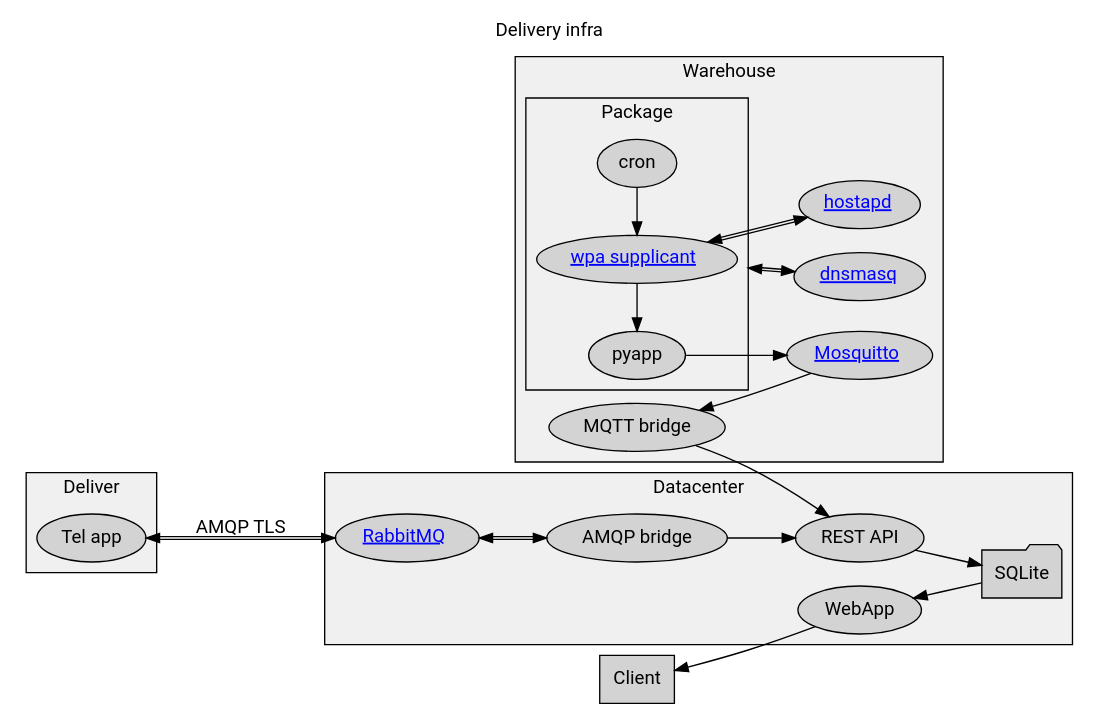
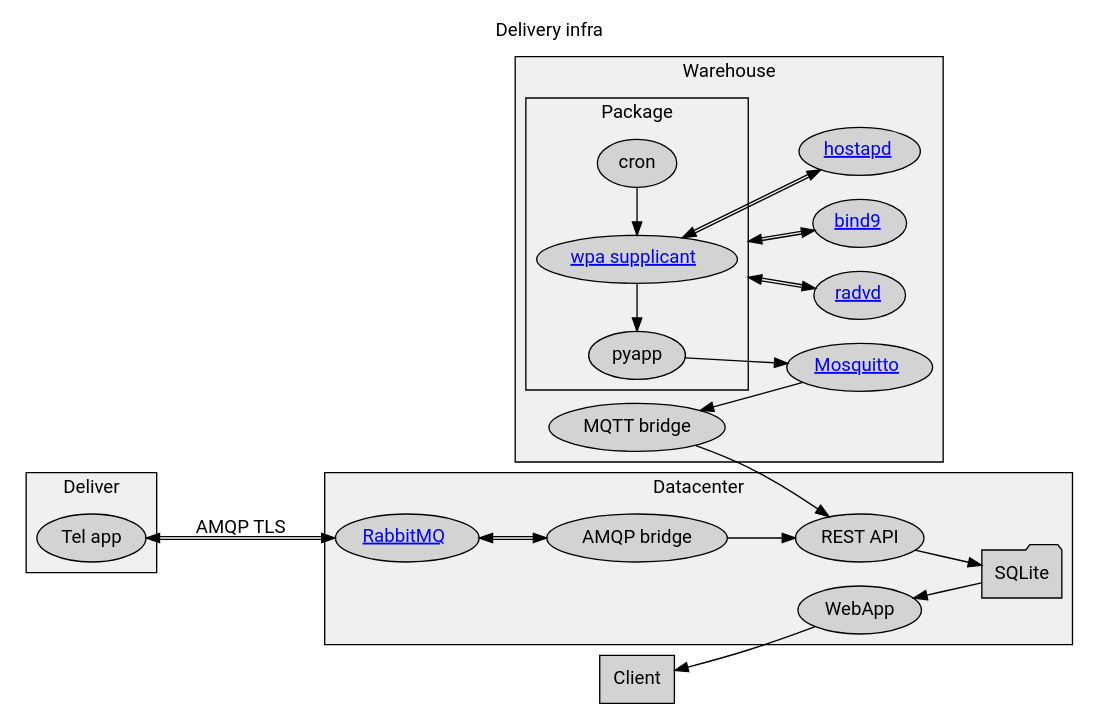
The diagram in docs/delivery-infra.dot (nini-51/704-707_POIDEVIN_ETIENNE), drawn with Graphviz before and after one commit. The commit also changed 3 other files, not shown here.

Commit message:
update schemas

```diff
--- a/docs/delivery-infra.dot
+++ b/docs/delivery-infra.dot
@@ -1,93 +1,99 @@
 // Louis Poidevin - 2023
 
 digraph "Delivery infra" {
 label="Delivery infra"
 tooltip=" "
 labelloc=t
 rankdir=LR
 compound=true
 fontname="'Roboto', sans-serif"
 graph[style=filled fillcolor=grey94]
 node [style=filled fontname="'Roboto', sans-serif" tooltip=" "]
 edge [fontname="'Roboto', sans-serif" tooltip=" "]
 
 subgraph cluster_datacenter {
 label="Datacenter"
 rabbit [
   target="_top"
   URL="https://www.rabbitmq.com/"
   label=<<font color='blue'><u>RabbitMQ</u></font>>
 ]
 beaver [label="AMQP bridge"]
 feather [label="SQLite" shape=folder]
 octopus [label="REST API"]
 fox [label="WebApp"]
 }
 
 subgraph cluster_warehouse {
 label="Warehouse"
 mosquitto [
   target="_top"
   URL="https://www.mosquitto.org/"
   label=<<font color='blue'><u>Mosquitto</u></font>>
 ]
-dnsmasq [
+radvd [
   target="_top"
-  URL="https://thekelleys.org.uk/dnsmasq/doc.html"
-  label=<<font color='blue'><u>dnsmasq</u></font>>
+  URL="https://radvd.litech.org/"
+  label=<<font color='blue'><u>radvd</u></font>>
+]
+bind9 [
+  target="_top"
+  URL="https://www.isc.org/bind/"
+  label=<<font color='blue'><u>bind9</u></font>>
 ]
 hostapd [
   target="_top"
   URL="https://w1.fi/hostapd/"
   label=<<font color='blue'><u>hostapd</u></font>>
 ]
 bridge [label="MQTT bridge"]
 
 subgraph cluster_package {
   label="Package"
   pyapp [label="pyapp"]
   cron [label="cron"]
   wpa_supplicant [
     target="_top"
     URL="https://w1.fi/wpa_supplicant/"
     label=<<font color='blue'><u>wpa supplicant</u></font>>
   ]
 }
 }
 
 subgraph cluster_deliver {
   label="Deliver"
   telapp [label="Tel app"]
 }
 
 client [label="Client" shape=box]
 
 // Package process
 
 cron -> wpa_supplicant [constraint=false]
 wpa_supplicant -> hostapd [dir=both color="black:black"]
-wpa_supplicant -> dnsmasq [dir=both color="black:black" ltail=cluster_package]
+wpa_supplicant -> radvd [dir=both color="black:black" ltail=cluster_package]
+wpa_supplicant -> bind9 [dir=both color="black:black" ltail=cluster_package]
 wpa_supplicant -> pyapp [constraint=false]
 pyapp -> mosquitto
 
 // Warehouse process
 
 mosquitto -> bridge [constraint=false]
 //octopus -> bridge [style=invis]
 bridge -> octopus
 
 // Datacenter process
 
 octopus -> feather
 fox -> feather [dir=back]
 rabbit -> beaver [dir=both color="black:black"]
 beaver -> octopus
 
 // Deliver process
 
 telapp -> rabbit [label="AMQP TLS" minlen=2 dir=both color="black:black"]
 
 // Client process
 
 client -> fox [dir=back]
 }
```
